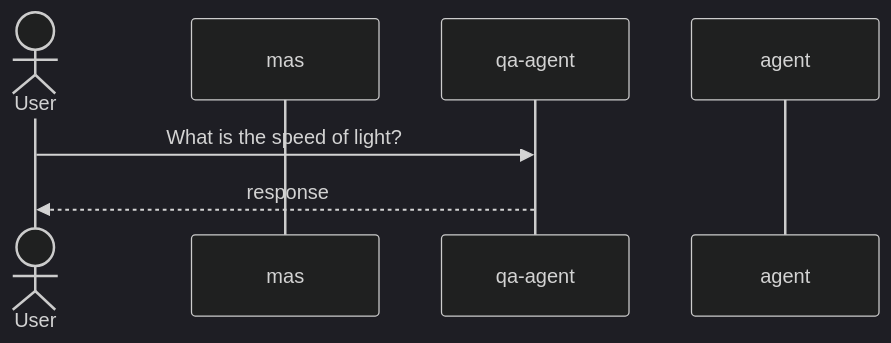
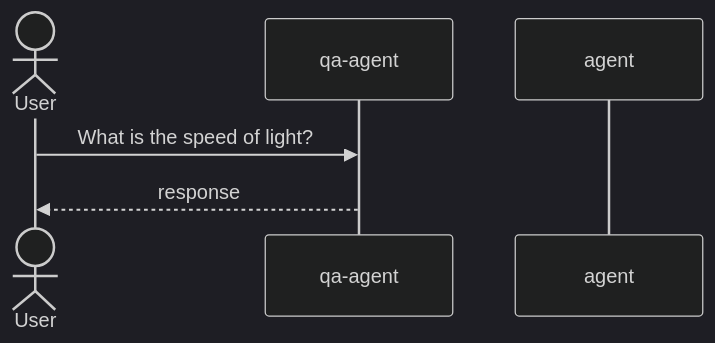
Before and after one commit to ioc-project/mas-lab: the diagram in docs/tutorials/01-building-an-agent/trajectory.mmd, drawn with Mermaid (dark theme). The commit also changed 110 other files, not shown here.

```diff
--- a/docs/tutorials/01-building-an-agent/trajectory.mmd
+++ b/docs/tutorials/01-building-an-agent/trajectory.mmd
@@ -1,8 +1,7 @@
 sequenceDiagram
     actor User
-    participant mas
     participant qa-agent
     participant agent
 
     User->>qa-agent: What is the speed of light?
     qa-agent-->>User: response
```
